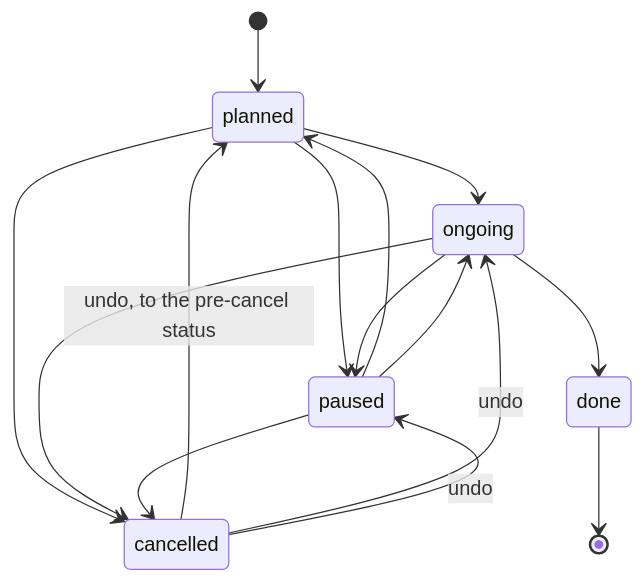
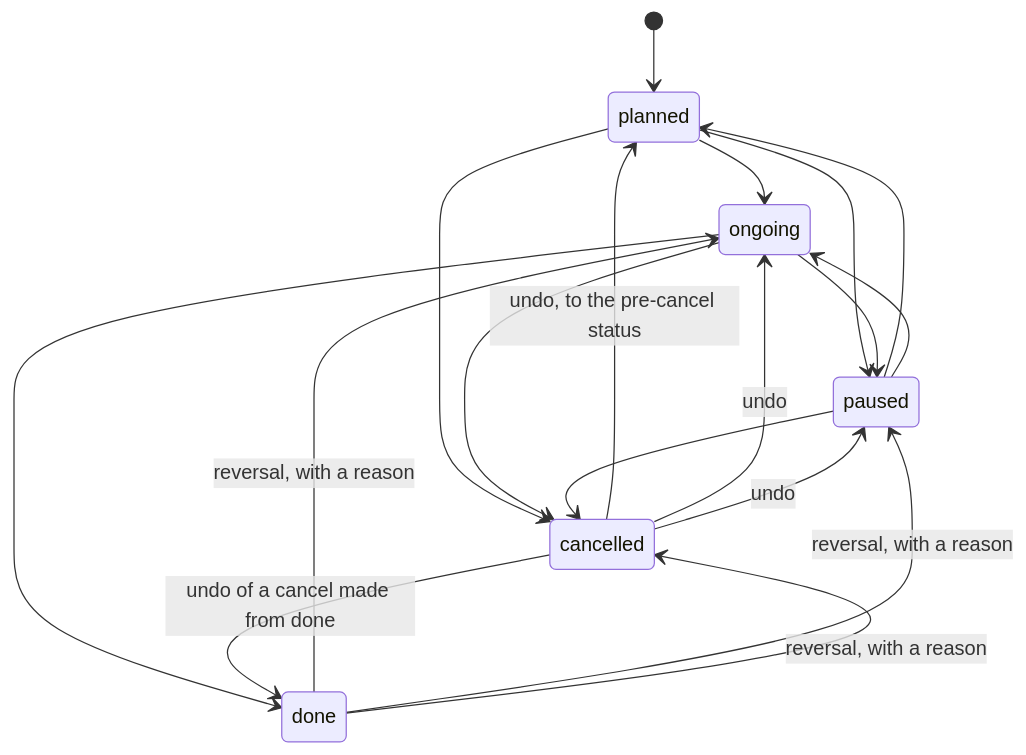
The fourth of 4 diagrams in __design__/rdm/architecture.md (CrackingShells/cracking-shells-playbook), drawn with Mermaid before and after one commit. The commit also changed other lines of this file and 1 other file, not shown here.

````diff
--- a/__design__/rdm/architecture.md
+++ b/__design__/rdm/architecture.md
@@ -209,17 +210,20 @@
 ```mermaid
 stateDiagram-v2
   [*] --> planned
   planned --> ongoing
   planned --> paused
   planned --> cancelled
   ongoing --> paused
   ongoing --> cancelled
   ongoing --> done
   paused --> planned
   paused --> ongoing
   paused --> cancelled
   cancelled --> planned: undo, to the pre-cancel status
   cancelled --> ongoing: undo
   cancelled --> paused: undo
-  done --> [*]
+  cancelled --> done: undo of a cancel made from done
+  done --> ongoing: reversal, with a reason
+  done --> paused: reversal, with a reason
+  done --> cancelled: reversal, with a reason
 ```
````
